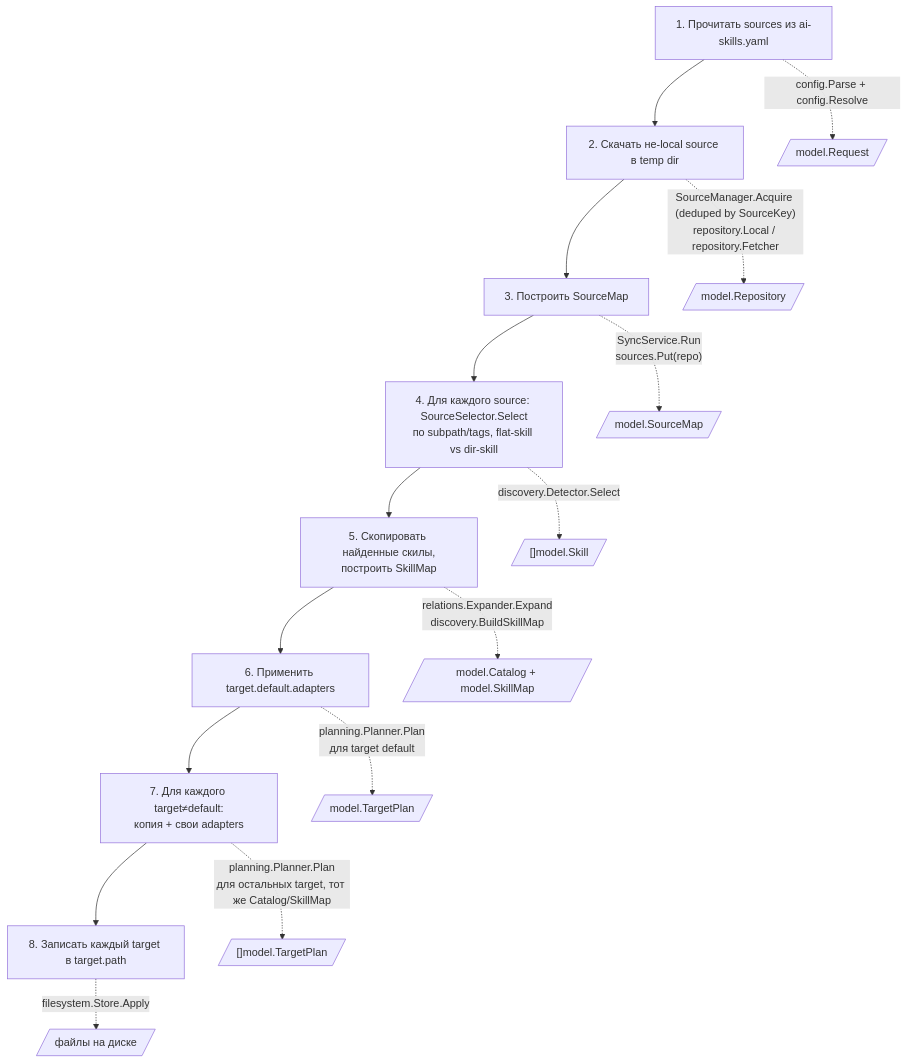
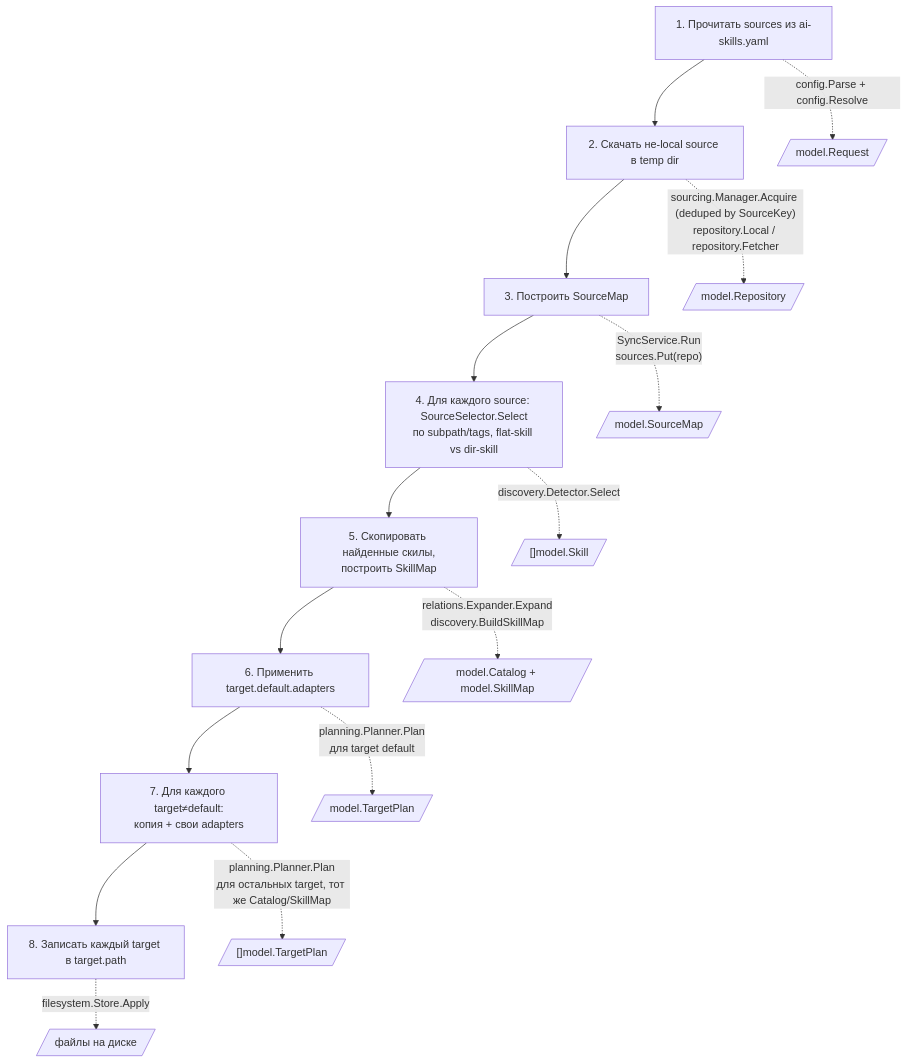
One commit to InsonusK/go-ai-skill-manage changed the second of 3 diagrams in docs/architecture/diagrams.md. Above: the diagram before and after it, drawn with Mermaid. The commit also changed other lines of this file and 17 other files, not shown here.

````diff
--- a/docs/architecture/diagrams.md
+++ b/docs/architecture/diagrams.md
@@ -75,20 +75,20 @@
 ```mermaid
 flowchart TD
     A["1. Прочитать sources из ai-skills.yaml"] --> B
     B["2. Скачать не-local source в temp dir"] --> C
     C["3. Построить SourceMap"] --> D
     D["4. Для каждого source: SourceSelector.Select<br/>по subpath/tags, flat-skill vs dir-skill"] --> E
     E["5. Скопировать найденные скилы,<br/>построить SkillMap"] --> F
     F["6. Применить target.default.adapters"] --> G
     G["7. Для каждого target≠default:<br/>копия + свои adapters"] --> H
     H["8. Записать каждый target в target.path"]
 
     A -.->|"config.Parse + config.Resolve"| A1[/"model.Request"/]
-    B -.->|"SourceManager.Acquire (deduped by SourceKey)<br/>repository.Local / repository.Fetcher"| B1[/"model.Repository"/]
+    B -.->|"sourcing.Manager.Acquire (deduped by SourceKey)<br/>repository.Local / repository.Fetcher"| B1[/"model.Repository"/]
     C -.->|"SyncService.Run<br/>sources.Put(repo)"| C1[/"model.SourceMap"/]
     D -.->|"discovery.Detector.Select"| D1[/"[]model.Skill"/]
     E -.->|"relations.Expander.Expand<br/>discovery.BuildSkillMap"| E1[/"model.Catalog + model.SkillMap"/]
     F -.->|"planning.Planner.Plan<br/>для target default"| F1[/"model.TargetPlan"/]
     G -.->|"planning.Planner.Plan<br/>для остальных target, тот же Catalog/SkillMap"| G1[/"[]model.TargetPlan"/]
     H -.->|"filesystem.Store.Apply"| H1[/"файлы на диске"/]
 ```
````
